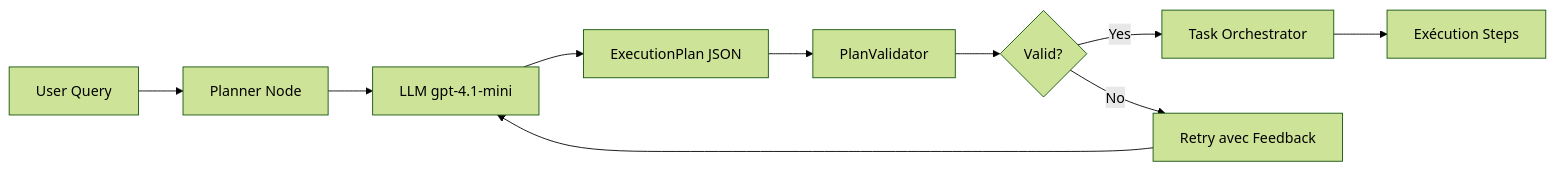
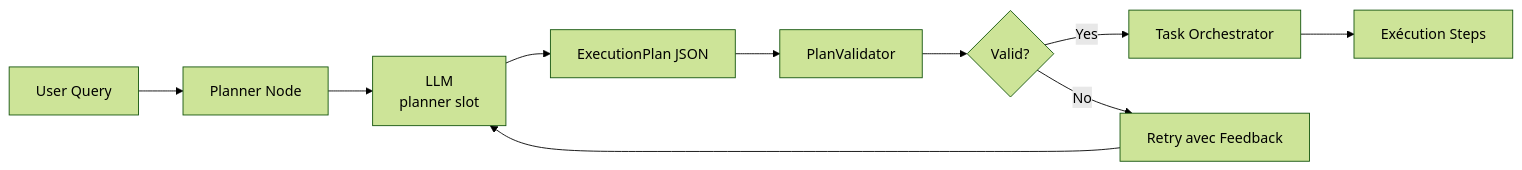
Before and after one commit to jgouviergmail/LIA-Assistant: the first of 7 diagrams in docs/technical/PLANNER.md, drawn with Mermaid (forest theme). The commit also changed other lines of this file and 123 other files, not shown here.

````diff
--- a/docs/technical/PLANNER.md
+++ b/docs/technical/PLANNER.md
@@ -39,12 +39,12 @@
 ```mermaid
 graph LR
     A[User Query] --> B[Planner Node]
-    B --> C[LLM gpt-4.1-mini]
+    B --> C[LLM<br/>planner slot]
     C --> D[ExecutionPlan JSON]
     D --> E[PlanValidator]
     E --> F{Valid?}
     F -->|Yes| G[Task Orchestrator]
     F -->|No| H[Retry avec Feedback]
     H --> C
     G --> I[Exécution Steps]
 ```
````
